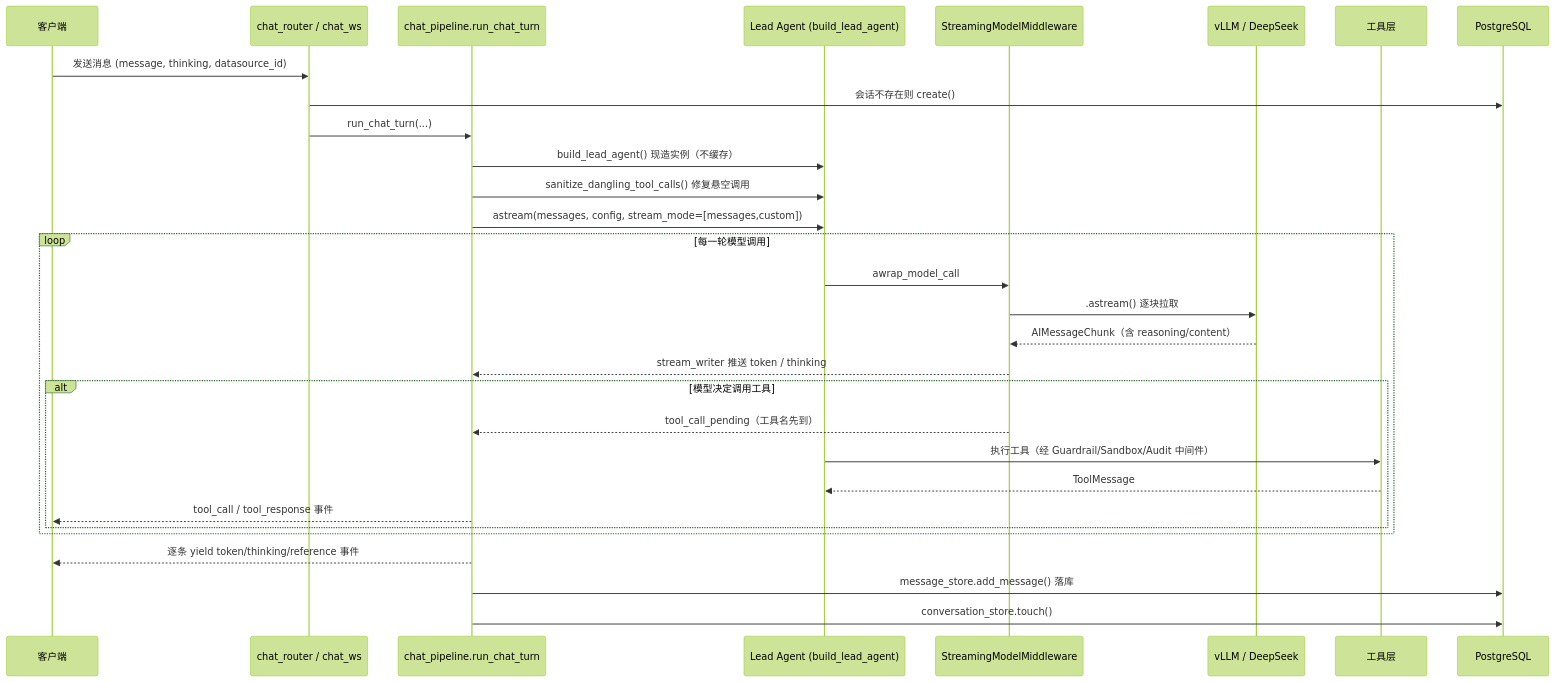
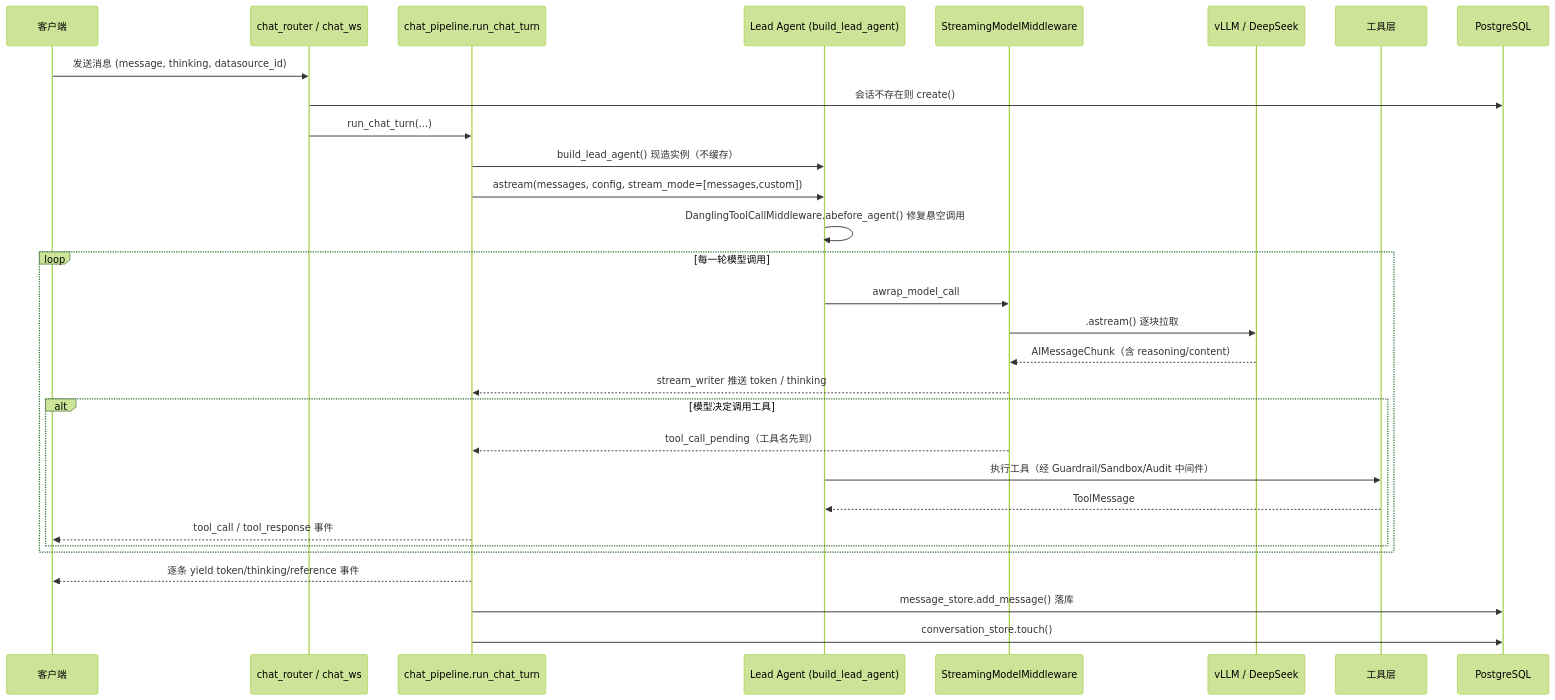
The second of 5 diagrams in docs/Agent架构设计文档.md (yujunxin1998/raster-agent), drawn with Mermaid (forest theme) before and after one commit. The commit also changed other lines of this file and 2 other files, not shown here.

````diff
--- a/docs/Agent架构设计文档.md
+++ b/docs/Agent架构设计文档.md
@@ -106,33 +106,33 @@
 ```mermaid
 sequenceDiagram
     participant C as 客户端
     participant R as chat_router / chat_ws
     participant P as chat_pipeline.run_chat_turn
     participant A as Lead Agent (build_lead_agent)
     participant SMW as StreamingModelMiddleware
     participant LLM as vLLM / DeepSeek
     participant T as 工具层
     participant DB as PostgreSQL
 
     C->>R: 发送消息 (message, thinking, datasource_id)
     R->>DB: 会话不存在则 create()
     R->>P: run_chat_turn(...)
     P->>A: build_lead_agent() 现造实例（不缓存）
-    P->>A: sanitize_dangling_tool_calls() 修复悬空调用
     P->>A: astream(messages, config, stream_mode=[messages,custom])
+    A->>A: DanglingToolCallMiddleware.abefore_agent() 修复悬空调用
     loop 每一轮模型调用
         A->>SMW: awrap_model_call
         SMW->>LLM: .astream() 逐块拉取
         LLM-->>SMW: AIMessageChunk（含 reasoning/content）
         SMW-->>P: stream_writer 推送 token / thinking
         alt 模型决定调用工具
             SMW-->>P: tool_call_pending（工具名先到）
             A->>T: 执行工具（经 Guardrail/Sandbox/Audit 中间件）
             T-->>A: ToolMessage
             P-->>C: tool_call / tool_response 事件
         end
     end
     P-->>C: 逐条 yield token/thinking/reference 事件
     P->>DB: message_store.add_message() 落库
     P->>DB: conversation_store.touch()
 ```
````
